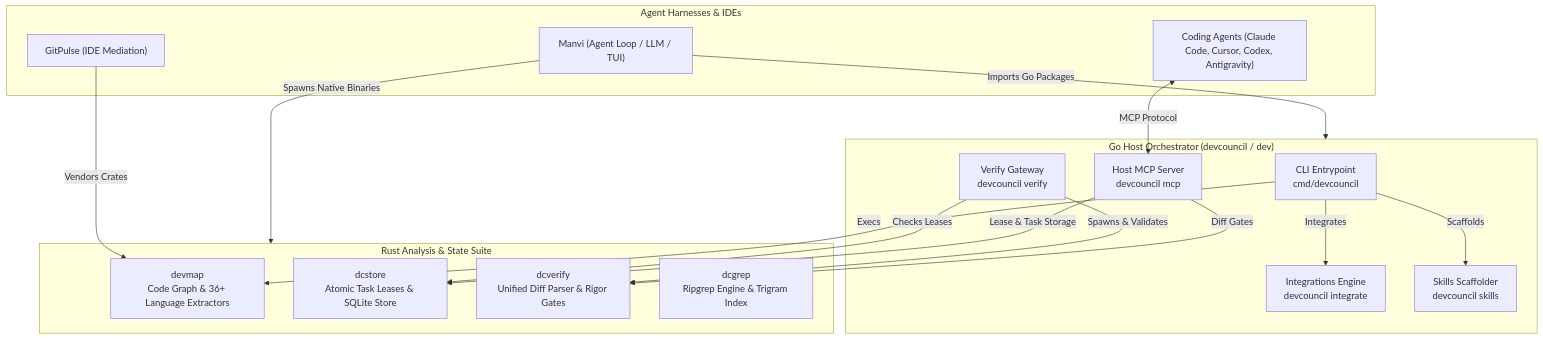
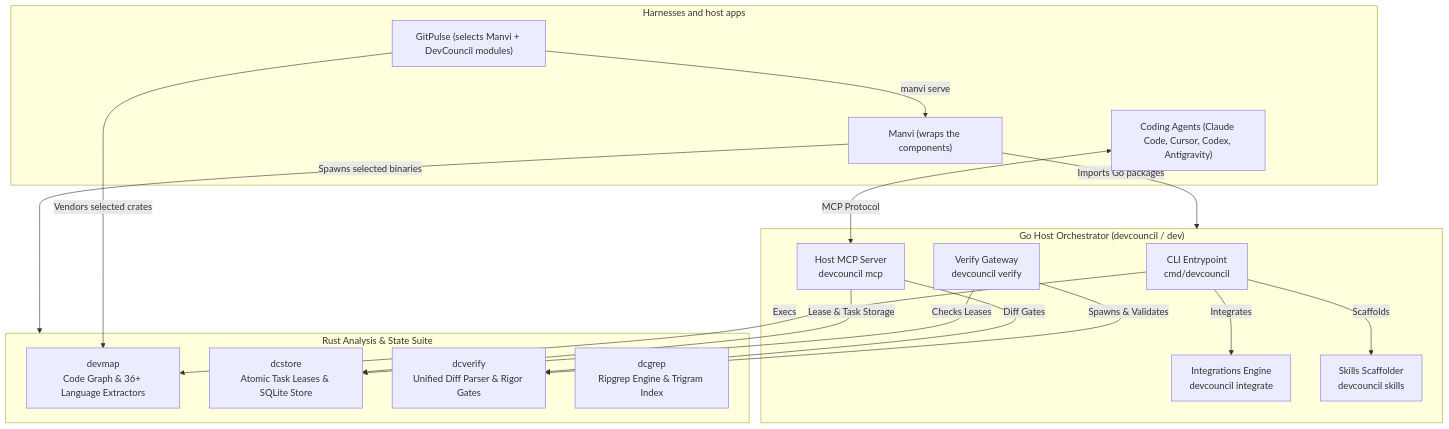
One commit to bharathvbcr/DevCouncil changed the first of 2 diagrams in docs/architecture.md. Above: the diagram before and after it, drawn with Mermaid. The commit also changed other lines of this file and 149 other files, not shown here.

Commit message:
feat: native orchestrator components and devmap hardening

````diff
--- a/docs/architecture.md
+++ b/docs/architecture.md
@@ -11,46 +11,47 @@
 ```mermaid
 flowchart TD
-    subgraph Upstream["Agent Harnesses & IDEs"]
-        Manvi["Manvi (Agent Loop / LLM / TUI)"]
-        GitPulse["GitPulse (IDE Mediation)"]
+    subgraph Upstream["Harnesses and host apps"]
+        Manvi["Manvi (wraps the components)"]
+        GitPulse["GitPulse (selects Manvi + DevCouncil modules)"]
         ExternalAgents["Coding Agents (Claude Code, Cursor, Codex, Antigravity)"]
     end
 
     subgraph Host["Go Host Orchestrator (devcouncil / dev)"]
         HostCLI["CLI Entrypoint
 cmd/devcouncil"]
         HostMCP["Host MCP Server
 devcouncil mcp"]
         HostInteg["Integrations Engine
 devcouncil integrate"]
         HostSkills["Skills Scaffolder
 devcouncil skills"]
         HostVerify["Verify Gateway
 devcouncil verify"]
     end
 
     subgraph Analysis["Rust Analysis & State Suite"]
         DevMap["devmap
 Code Graph & 36+ Language Extractors"]
         DCStore["dcstore
 Atomic Task Leases & SQLite Store"]
         DCVerify["dcverify
 Unified Diff Parser & Rigor Gates"]
         DCGrep["dcgrep
 Ripgrep Engine & Trigram Index"]
     end
 
     ExternalAgents <-->|MCP Protocol| HostMCP
-    Manvi -->|Imports Go Packages| Host
-    Manvi -->|Spawns Native Binaries| Analysis
-    GitPulse -->|Vendors Crates| DevMap
+    Manvi -->|Imports Go packages| Host
+    Manvi -->|Spawns selected binaries| Analysis
+    GitPulse -->|Vendors selected crates| DevMap
+    GitPulse -->|manvi serve| Manvi
 
     HostCLI -->|Execs| DevMap
     HostCLI -->|Integrates| HostInteg
     HostCLI -->|Scaffolds| HostSkills
     HostVerify -->|Spawns & Validates| DCVerify
     HostVerify -->|Checks Leases| DCStore
 
     HostMCP -->|Lease & Task Storage| DCStore
     HostMCP -->|Diff Gates| DCVerify
 ```
````
